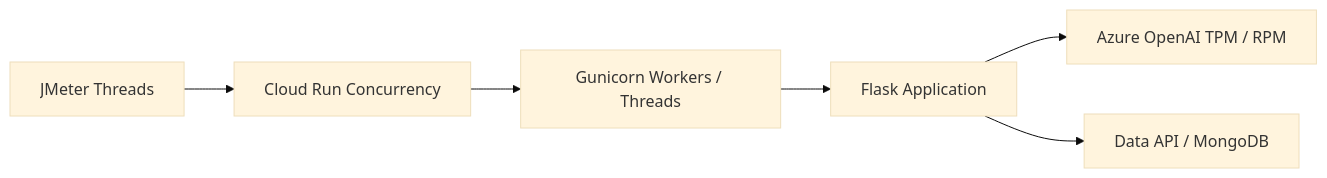
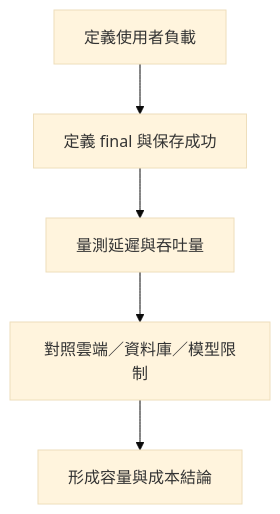
The diagram in docs/performance_overview.md (CaoCharles/ai-deploy-docs), drawn with Mermaid (base theme) before and after one commit. The commit also changed other lines of this file and 21 other files, not shown here.

````diff
--- a/docs/performance_overview.md
+++ b/docs/performance_overview.md
@@ -23,8 +24,7 @@
 ```mermaid
-flowchart LR
-    JMeter["JMeter Threads"] --> Run["Cloud Run Concurrency"]
-    Run --> Gunicorn["Gunicorn Workers / Threads"]
-    Gunicorn --> App["Flask Application"]
-    App --> Azure["Azure OpenAI TPM / RPM"]
-    App --> Data["Data API / MongoDB"]
+flowchart TB
+    Workload["定義使用者負載"] --> Contract["定義 final 與保存成功"]
+    Contract --> Measure["量測延遲與吞吐量"]
+    Measure --> Limits["對照雲端／資料庫／模型限制"]
+    Limits --> Capacity["形成容量與成本結論"]
 ```
````
